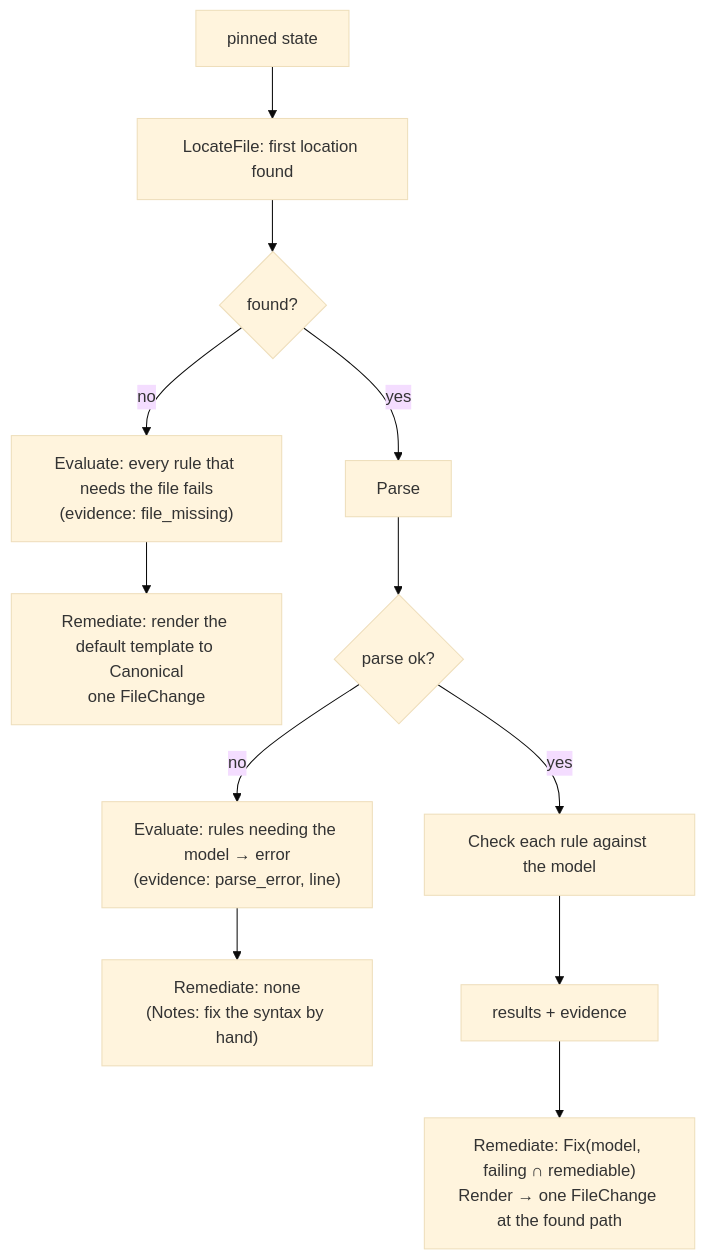
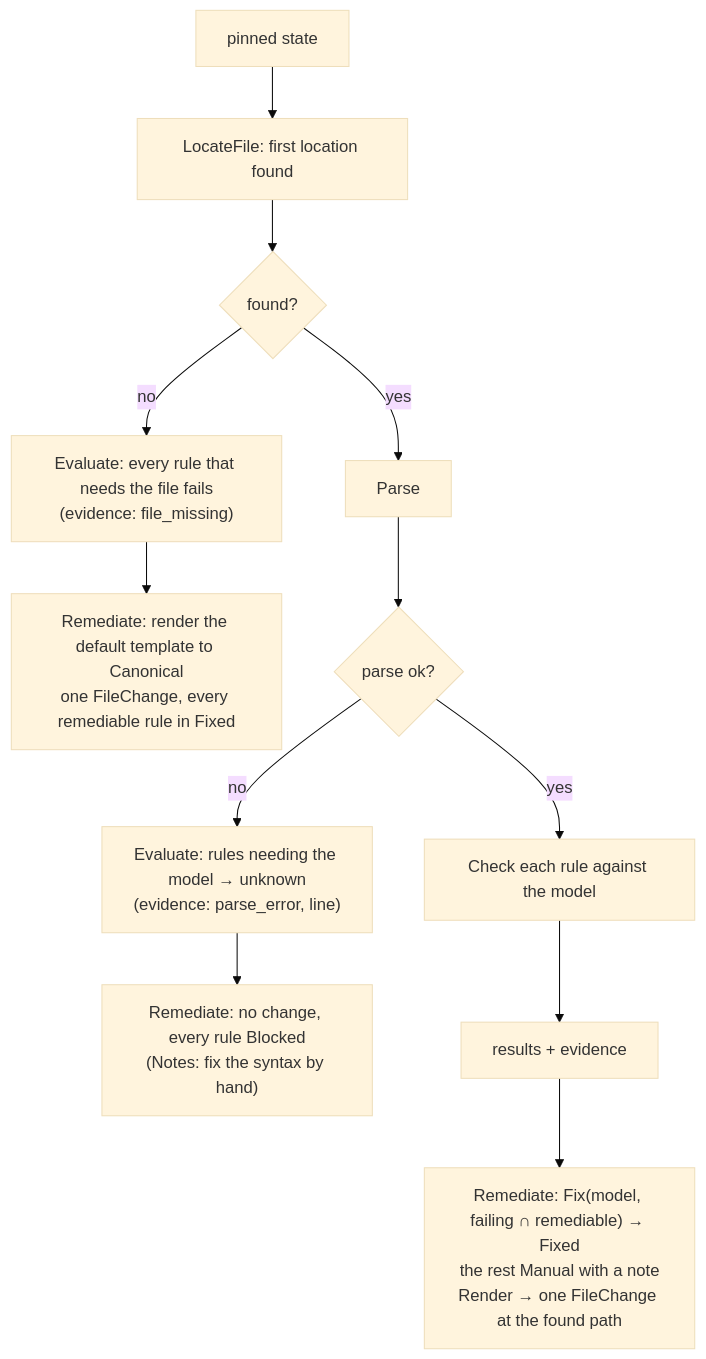
One commit to donaldgifford/repo-guardian changed the diagram in docs/design/0031-control-framework-controls-control-rules-and-file-controls.md. Above: the diagram before and after it, drawn with Mermaid (base theme). The commit also changed other lines of this file and 10 other files, not shown here.

````diff
--- a/docs/design/0031-control-framework-controls-control-rules-and-file-controls.md
+++ b/docs/design/0031-control-framework-controls-control-rules-and-file-controls.md
@@ -416,16 +547,16 @@
 ```mermaid
 flowchart TD
     S[pinned state] --> L["LocateFile: first location found"]
     L --> F{found?}
 
     F -- no --> EA["Evaluate: every rule that needs the file fails<br/>(evidence: file_missing)"]
-    EA --> RA["Remediate: render the default template to Canonical<br/>one FileChange"]
+    EA --> RA["Remediate: render the default template to Canonical<br/>one FileChange, every remediable rule in Fixed"]
 
     F -- yes --> P[Parse]
     P --> PE{parse ok?}
-    PE -- no --> EP["Evaluate: rules needing the model → error<br/>(evidence: parse_error, line)"]
-    EP --> RP["Remediate: none<br/>(Notes: fix the syntax by hand)"]
+    PE -- no --> EP["Evaluate: rules needing the model → unknown<br/>(evidence: parse_error, line)"]
+    EP --> RP["Remediate: no change, every rule Blocked<br/>(Notes: fix the syntax by hand)"]
     PE -- yes --> C[Check each rule against the model]
     C --> EC[results + evidence]
-    EC --> RC["Remediate: Fix(model, failing ∩ remediable)<br/>Render → one FileChange at the found path"]
+    EC --> RC["Remediate: Fix(model, failing ∩ remediable) → Fixed<br/>the rest Manual with a note<br/>Render → one FileChange at the found path"]
 ```
````
